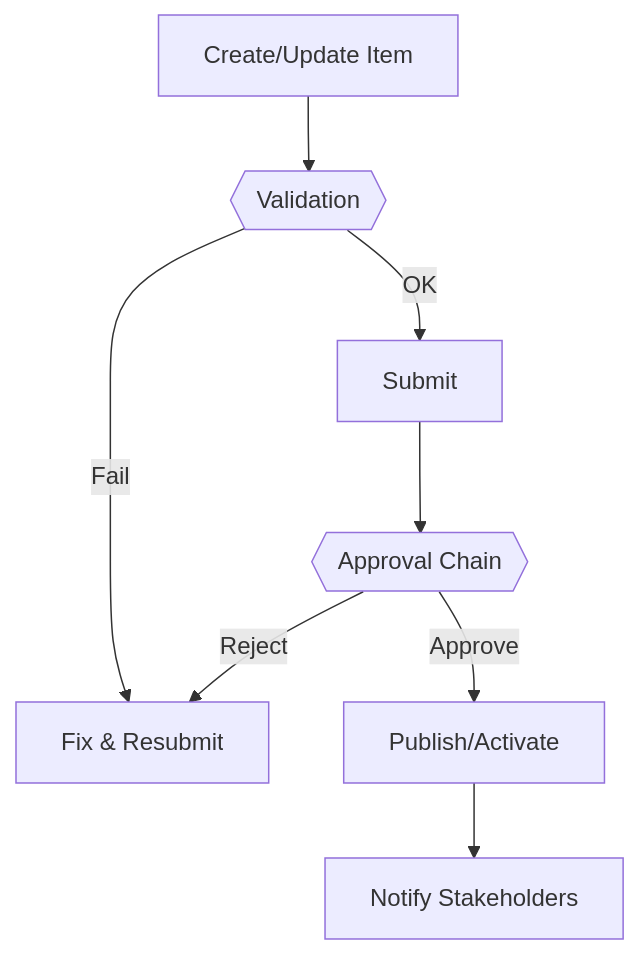
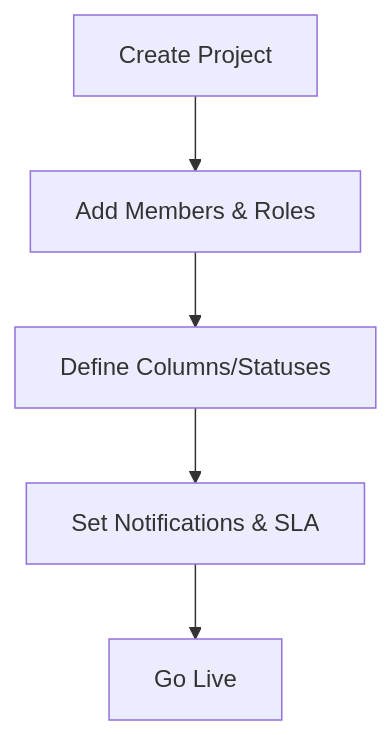
Before and after one commit to bontiharyanto/horiladoc: the diagram in docs/admin/admin-project-management.md, drawn with Mermaid. The commit also changed other lines of this file and 4 other files, not shown here.

Commit message:
docs: Calendar & Project graduated (user+admin), add flows/RBAC

````diff
--- a/docs/admin/admin-project-management.md
+++ b/docs/admin/admin-project-management.md
@@ -69,10 +13,7 @@
-```mermaid
+<div class="mermaid">
 flowchart TD
-  A[Create/Update Item] --> B{{Validation}}
-  B -->|OK| C[Submit]
-  B -->|Fail| X[Fix & Resubmit]
-  C --> D{{Approval Chain}}
-  D -->|Approve| E[Publish/Activate]
-  D -->|Reject| X
-  E --> F[Notify Stakeholders]
-```
+  A["Create Project"] --> B["Add Members & Roles"]
+  B --> C["Define Columns/Statuses"]
+  C --> D["Set Notifications & SLA"]
+  D --> E["Go Live"]
+</div>
````
